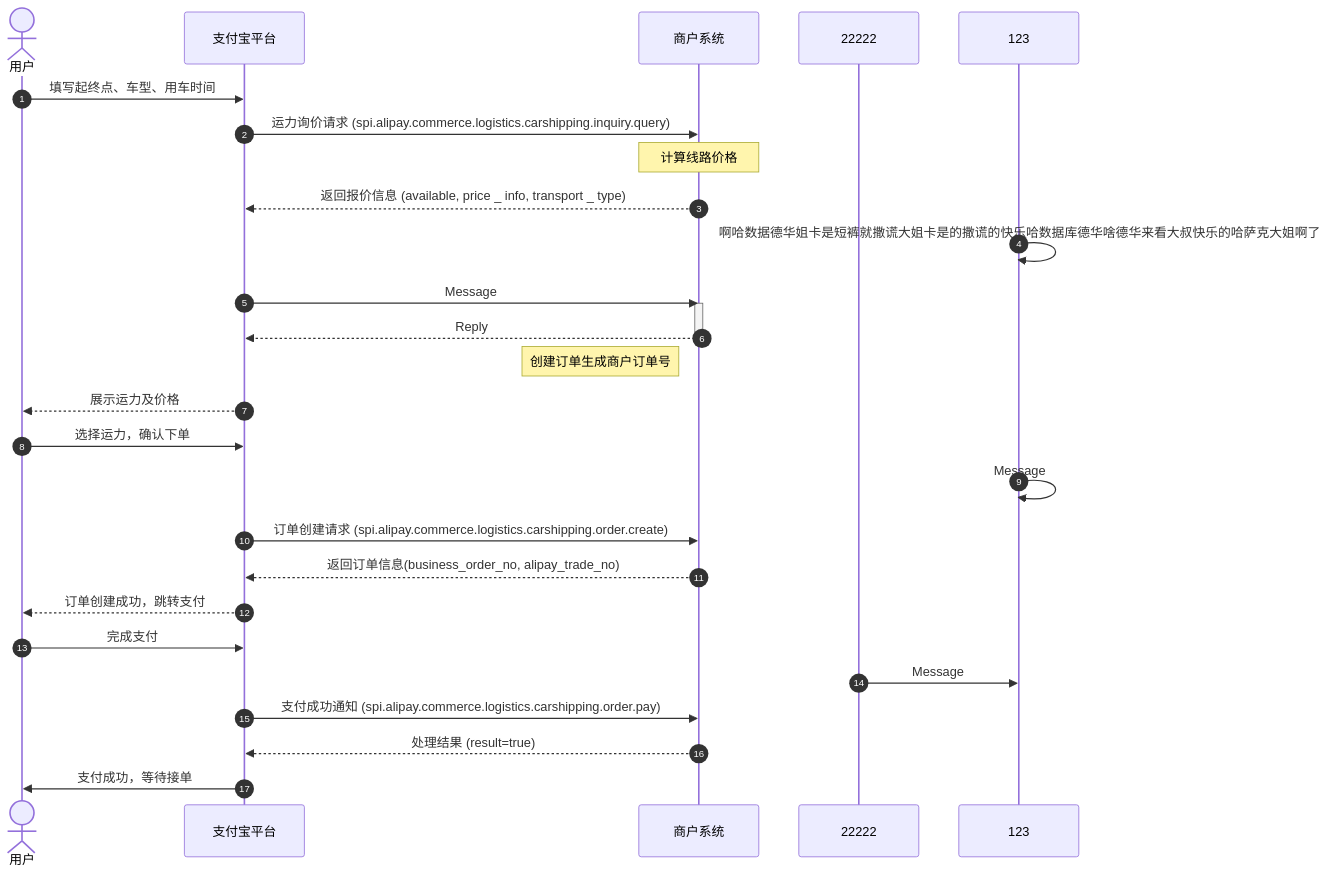
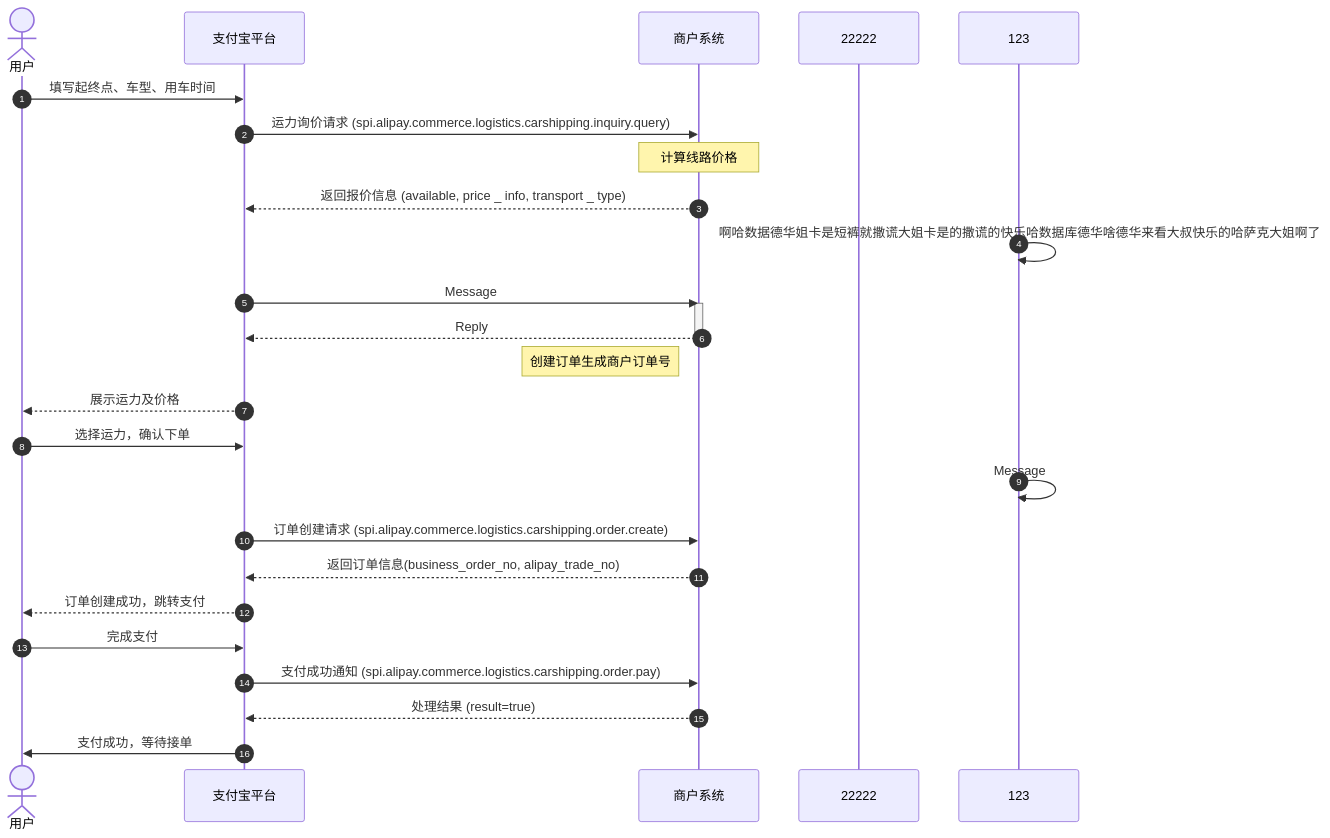
One commit to pingpm/mermaid_vault changed the diagram in notes/test_dba1b258-be6a-414c-9967-aedbcccfa44f.md. Above: the diagram before and after it, drawn with Mermaid. The commit also changed 2 other files, not shown here.

Commit message:
Sync Mermaid Studio data (8 diagrams)

````diff
--- a/notes/test_dba1b258-be6a-414c-9967-aedbcccfa44f.md
+++ b/notes/test_dba1b258-be6a-414c-9967-aedbcccfa44f.md
@@ -3,31 +3,30 @@
 ```mermaid
 sequenceDiagram
   autonumber
   actor p0 as 用户
   participant p1 as 支付宝平台
   participant p2 as 商户系统
   participant p3 as 22222
   participant p4 as 123
   p0->>p1: 填写起终点、⻋型、⽤⻋时间
   p1->>p2: 运⼒询价请求 (spi.alipay.commerce.logistics.carshipping.inquiry.query)
   Note over p2: 计算线路价格
   p2-->>p1: 返回报价信息 (available, price _ info, transport _ type)
   p4->>p4: 啊哈数据德华姐卡是短裤就撒谎大姐卡是的撒谎的快乐哈数据库德华啥德华来看大叔快乐的哈萨克大姐啊了
   p1->>p2: Message
   activate p2
   p2-->>p1: Reply
   deactivate p2
   Note left of p2: 创建订单⽣成商户订单号
   p1-->>p0: 展示运⼒及价格
   p0->>p1: 选择运⼒，确认下单
   p4->>p4: Message
   p1->>p2: 订单创建请求 (spi.alipay.commerce.logistics.carshipping.order.create)
   p2-->>p1: 返回订单信息(business_order_no, alipay_trade_no)
   p1-->>p0: 订单创建成功，跳转⽀付
   p0->>p1: 完成⽀付
-  p3->>p4: Message
   p1->>p2: ⽀付成功通知 (spi.alipay.commerce.logistics.carshipping.order.pay)
   p2-->>p1: 处理结果 (result=true)
   p1->>p0: ⽀付成功，等待接单
 
 ```
````
